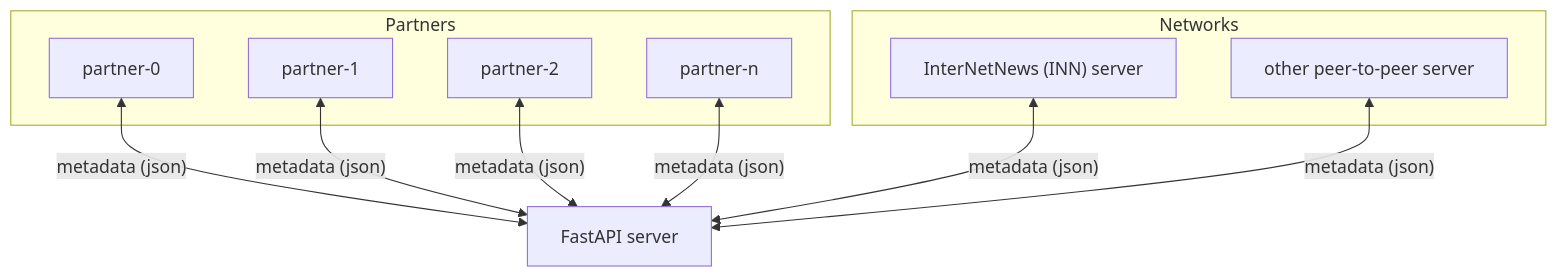
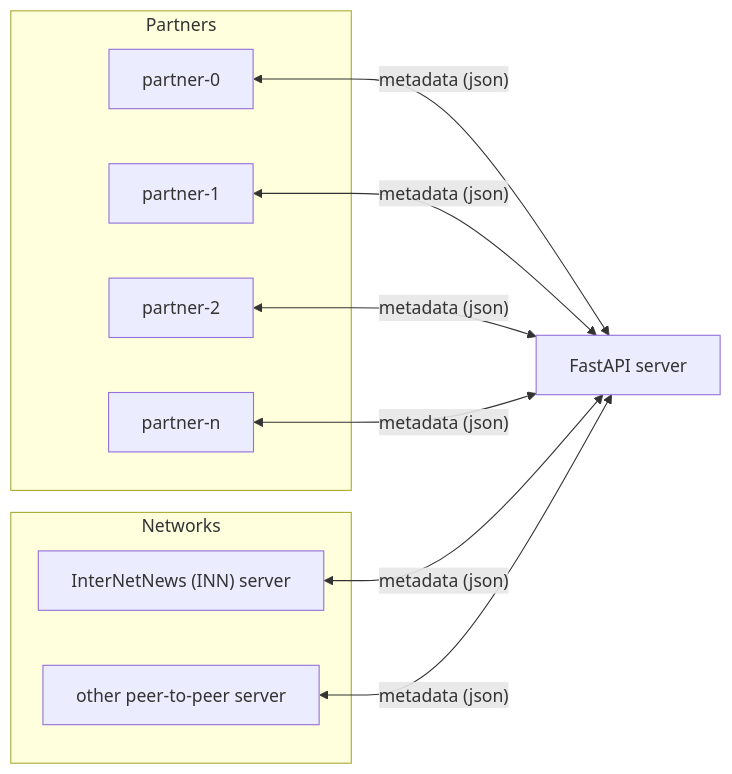
The second of 2 diagrams in README.md (ISKME/Open-Metadata-Exchange), drawn with Mermaid before and after one commit.

Commit message:
Add OME network diagram

````diff
--- a/README.md
+++ b/README.md
@@ -26,22 +26,22 @@
 ```mermaid
-graph TD
+graph LR
     subgraph Partners
         partner0[partner-0]
         partner1[partner-1]
         partner2[partner-2]
         partnerN[partner-n]
     end
 
     partner0 <-- "metadata (json)" --> FastAPI["FastAPI server"]
     partner1 <-- "metadata (json)" --> FastAPI
     partner2 <-- "metadata (json)" --> FastAPI
     partnerN <-- "metadata (json)" --> FastAPI
 
     subgraph Networks
         INN["InterNetNews (INN) server"]
         P2P["other peer-to-peer server"]
     end
 
     INN <-- "metadata (json)" --> FastAPI
     P2P <-- "metadata (json)" --> FastAPI
 ```
````
